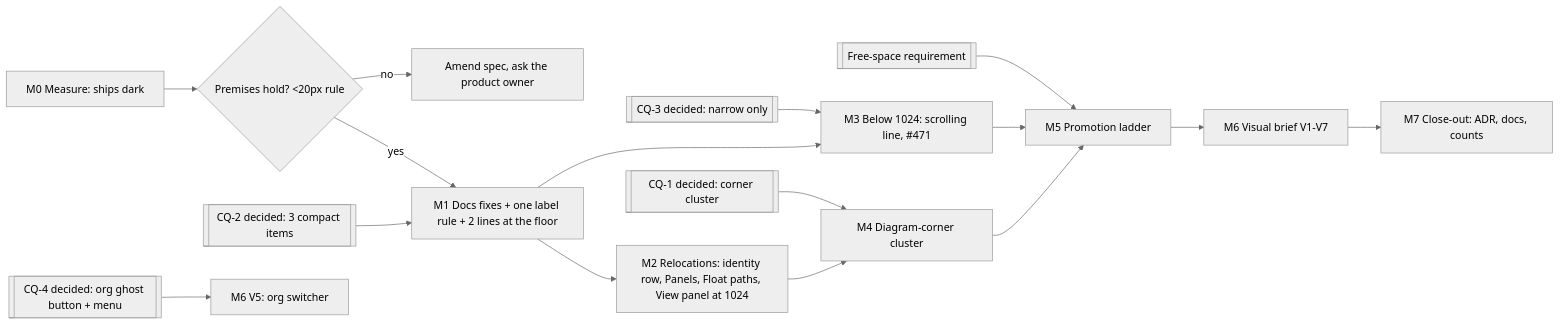
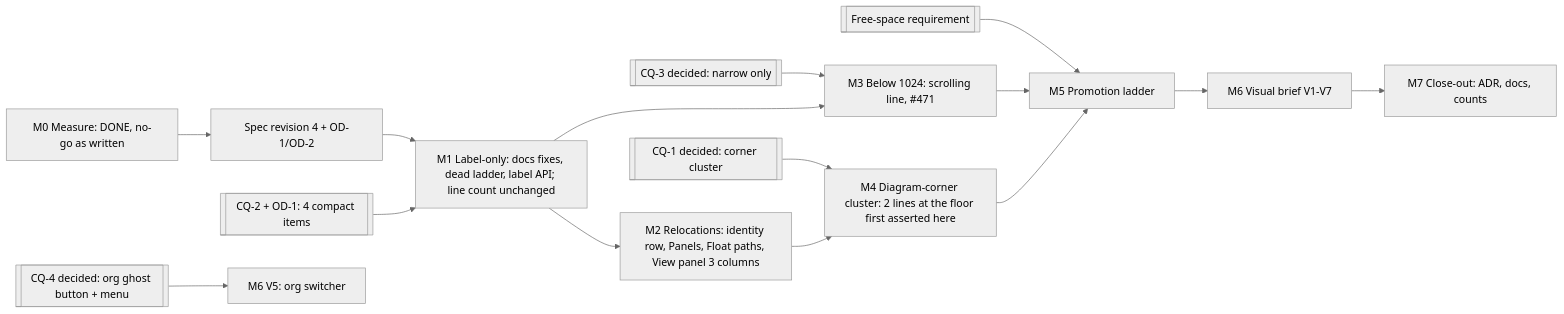
One commit to HuttonHomeHub/SchedulePoint_1 changed the diagram in docs/specs/toolbar-redesign/implementation-plan.md. Above: the diagram before and after it, drawn with Mermaid (neutral theme). The commit also changed other lines of this file and 1 other file, not shown here.

First line of the commit message:
docs(docs): toolbar-redesign spec and plan after the M0 measurements

````diff
--- a/docs/specs/toolbar-redesign/implementation-plan.md
+++ b/docs/specs/toolbar-redesign/implementation-plan.md
@@ -12,18 +15,17 @@
 ```mermaid
 flowchart LR
-  M0[M0 Measure: ships dark] --> G0{Premises hold? <20px rule}
-  G0 -- no --> STOP[Amend spec, ask the product owner]
-  G0 -- yes --> M1
-  Q2[[CQ-2 decided: 3 compact items]] --> M1[M1 Docs fixes + one label rule + 2 lines at the floor]
-  M1 --> M2[M2 Relocations: identity row, Panels, Float paths, View panel at 1024]
+  M0[M0 Measure: DONE, no-go as written] --> A[Spec revision 4 + OD-1/OD-2]
+  A --> M1
+  Q2[[CQ-2 + OD-1: 4 compact items]] --> M1[M1 Label-only: docs fixes, dead ladder, label API; line count unchanged]
+  M1 --> M2[M2 Relocations: identity row, Panels, Float paths, View panel 3 columns]
   Q3[[CQ-3 decided: narrow only]] --> M3[M3 Below 1024: scrolling line, #471]
   M1 --> M3
-  Q1[[CQ-1 decided: corner cluster]] --> M4[M4 Diagram-corner cluster]
+  Q1[[CQ-1 decided: corner cluster]] --> M4[M4 Diagram-corner cluster: 2 lines at the floor first asserted here]
   M2 --> M4
   QF[[Free-space requirement]] --> M5[M5 Promotion ladder]
   M3 --> M5
   M4 --> M5
   Q4[[CQ-4 decided: org ghost button + menu]] --> M6V5[M6 V5: org switcher]
   M5 --> M6[M6 Visual brief V1-V7]
   M6 --> M7[M7 Close-out: ADR, docs, counts]
 ```
````
